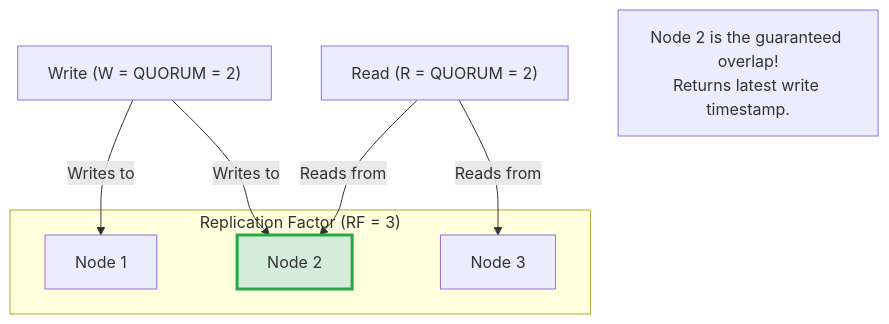
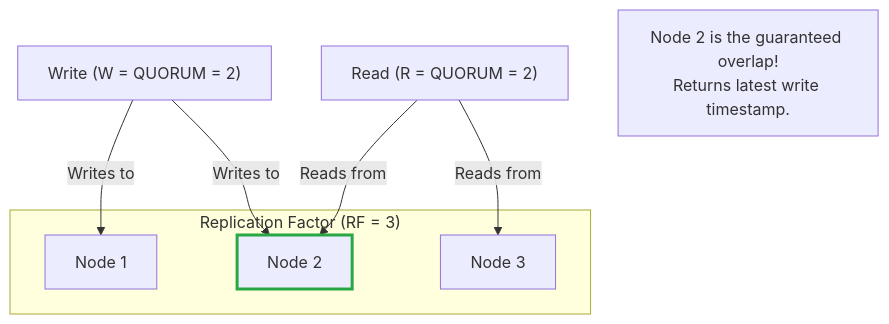
One commit to abhinnaagrawal/system-design-notes changed diagram 16 of 17 in Core Concepts/Cassandra/README.md. Above: the diagram before and after it, drawn with Mermaid. The commit also changed 62 other files, not shown here.

````diff
--- a/Core Concepts/Cassandra/README.md
+++ b/Core Concepts/Cassandra/README.md
@@ -787,17 +787,17 @@
 ```mermaid
 graph TD
     subgraph Cluster["Replication Factor (RF = 3)"]
         N1[Node 1]
         N2[Node 2]
         N3[Node 3]
     end
 
     W["Write (W = QUORUM = 2)"] -->|Writes to| N1
     W -->|Writes to| N2
 
     R["Read (R = QUORUM = 2)"] -->|Reads from| N2
     R -->|Reads from| N3
 
-    style N2 fill:#d4edda,stroke:#28a745,stroke-width:3px;
+    style N2 stroke:#28a745,stroke-width:3px;
     Note["Node 2 is the guaranteed overlap!<br/>Returns latest write timestamp."]
 ```
````
